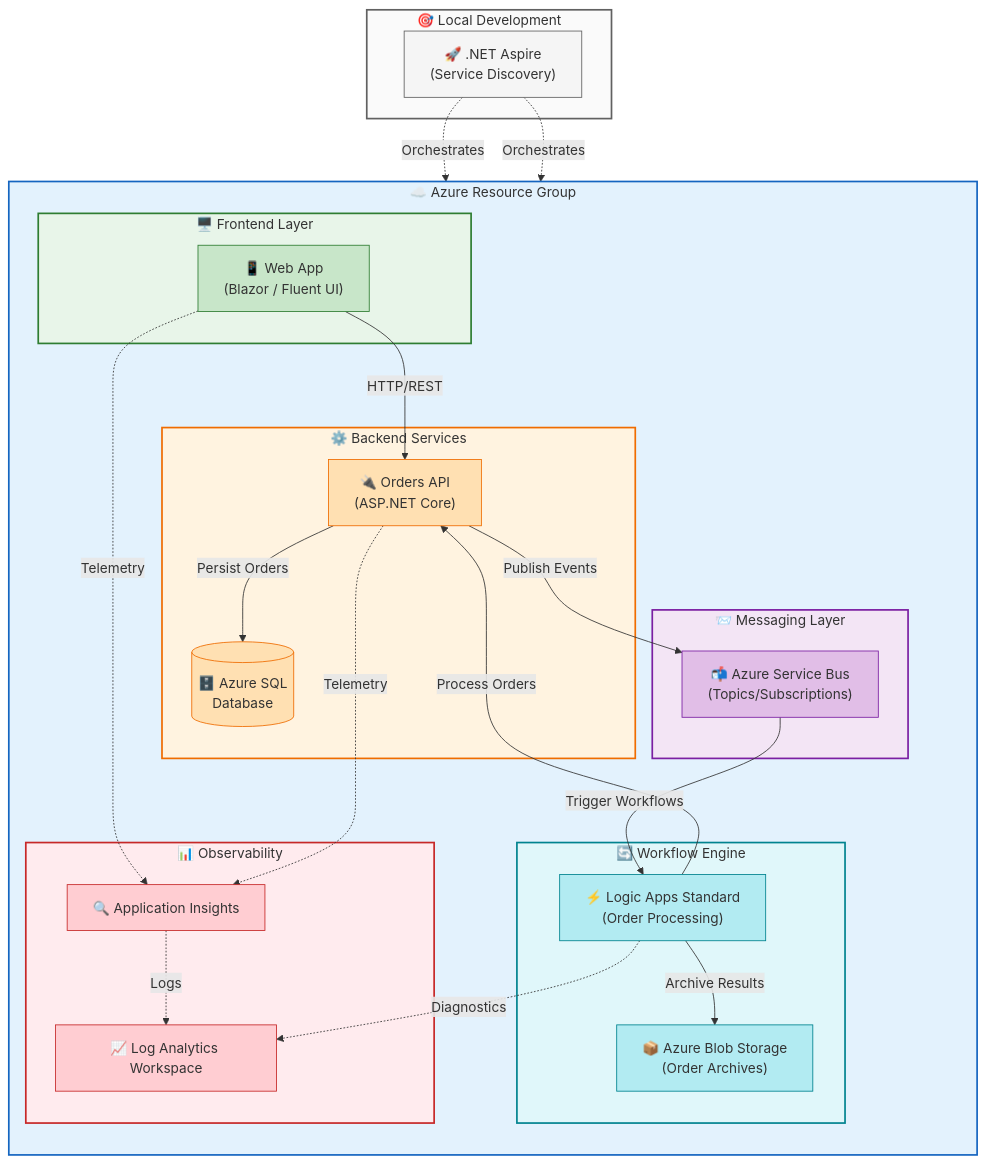
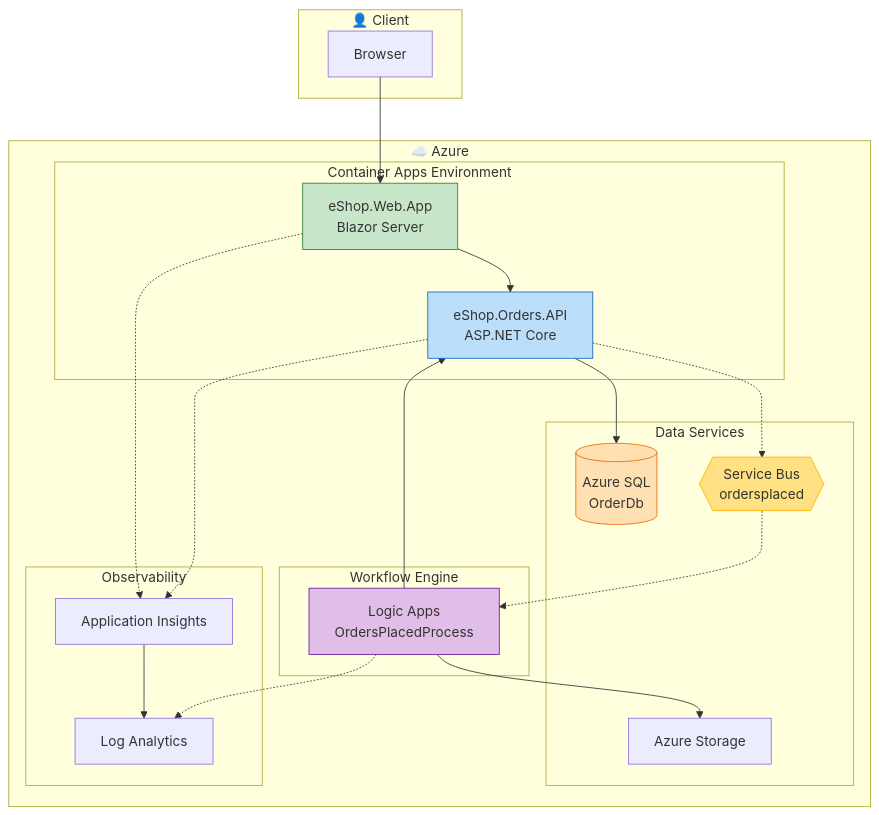
The diagram in README.md (Evilazaro/Azure-LogicApps-Monitoring), drawn with Mermaid before and after one commit. The commit also changed other lines of this file, not shown here.

````diff
--- a/README.md
+++ b/README.md
@@ -36,66 +35,46 @@
 ```mermaid
 flowchart TB
-    subgraph AzureResourceGroup["☁️ Azure Resource Group"]
-        direction TB
+    subgraph client["👤 Client"]
+        browser["Browser"]
+    end
 
-        subgraph Frontend["🖥️ Frontend Layer"]
-            WebApp["📱 Web App<br/>(Blazor / Fluent UI)"]
+    subgraph azure["☁️ Azure"]
+        subgraph aca["Container Apps Environment"]
+            webapp["eShop.Web.App<br/>Blazor Server"]
+            api["eShop.Orders.API<br/>ASP.NET Core"]
         end
 
-        subgraph Backend["⚙️ Backend Services"]
-            OrdersAPI["🔌 Orders API<br/>(ASP.NET Core)"]
-            SQLDatabase[("🗄️ Azure SQL<br/>Database")]
+        subgraph data["Data Services"]
+            sql[("Azure SQL<br/>OrderDb")]
+            sb{{"Service Bus<br/>ordersplaced"}}
+            storage["Azure Storage"]
         end
 
-        subgraph Messaging["📨 Messaging Layer"]
-            ServiceBus["📬 Azure Service Bus<br/>(Topics/Subscriptions)"]
+        subgraph workflow["Workflow Engine"]
+            logicapp["Logic Apps<br/>OrdersPlacedProcess"]
         end
 
-        subgraph Workflows["🔄 Workflow Engine"]
-            LogicApps["⚡ Logic Apps Standard<br/>(Order Processing)"]
-            BlobStorage["📦 Azure Blob Storage<br/>(Order Archives)"]
-        end
-
-        subgraph Monitoring["📊 Observability"]
-            AppInsights["🔍 Application Insights"]
-            LogAnalytics["📈 Log Analytics Workspace"]
+        subgraph monitoring["Observability"]
+            insights["Application Insights"]
+            logs["Log Analytics"]
         end
     end
 
-    subgraph Orchestration["🎯 Local Development"]
-        Aspire["🚀 .NET Aspire<br/>(Service Discovery)"]
-    end
+    browser --> webapp
+    webapp --> api
+    api --> sql
+    api -.-> sb
+    sb -.-> logicapp
+    logicapp --> api
+    logicapp --> storage
+    api -.-> insights
+    webapp -.-> insights
+    logicapp -.-> logs
+    insights --> logs
 
-    WebApp -->|"HTTP/REST"| OrdersAPI
-    OrdersAPI -->|"Persist Orders"| SQLDatabase
-    OrdersAPI -->|"Publish Events"| ServiceBus
-    ServiceBus -->|"Trigger Workflows"| LogicApps
-    LogicApps -->|"Process Orders"| OrdersAPI
-    LogicApps -->|"Archive Results"| BlobStorage
-
-    WebApp -.->|"Telemetry"| AppInsights
-    OrdersAPI -.->|"Telemetry"| AppInsights
-    LogicApps -.->|"Diagnostics"| LogAnalytics
-    AppInsights -.->|"Logs"| LogAnalytics
-
-    Aspire -.->|"Orchestrates"| WebApp
-    Aspire -.->|"Orchestrates"| OrdersAPI
-
-    style AzureResourceGroup fill:#E3F2FD,stroke:#1565C0,stroke-width:2px
-    style Frontend fill:#E8F5E9,stroke:#2E7D32,stroke-width:2px
-    style Backend fill:#FFF3E0,stroke:#EF6C00,stroke-width:2px
-    style Messaging fill:#F3E5F5,stroke:#7B1FA2,stroke-width:2px
-    style Workflows fill:#E0F7FA,stroke:#00838F,stroke-width:2px
-    style Monitoring fill:#FFEBEE,stroke:#C62828,stroke-width:2px
-    style Orchestration fill:#FAFAFA,stroke:#616161,stroke-width:2px
-
-    style WebApp fill:#C8E6C9,stroke:#2E7D32
-    style OrdersAPI fill:#FFE0B2,stroke:#EF6C00
-    style SQLDatabase fill:#FFE0B2,stroke:#EF6C00
-    style ServiceBus fill:#E1BEE7,stroke:#7B1FA2
-    style LogicApps fill:#B2EBF2,stroke:#00838F
-    style BlobStorage fill:#B2EBF2,stroke:#00838F
-    style AppInsights fill:#FFCDD2,stroke:#C62828
-    style LogAnalytics fill:#FFCDD2,stroke:#C62828
-    style Aspire fill:#F5F5F5,stroke:#616161
+    style webapp fill:#C8E6C9,stroke:#2E7D32
+    style api fill:#BBDEFB,stroke:#1565C0
+    style logicapp fill:#E1BEE7,stroke:#6A1B9A
+    style sql fill:#FFE0B2,stroke:#EF6C00
+    style sb fill:#FFE082,stroke:#FFB300
 ```
````
